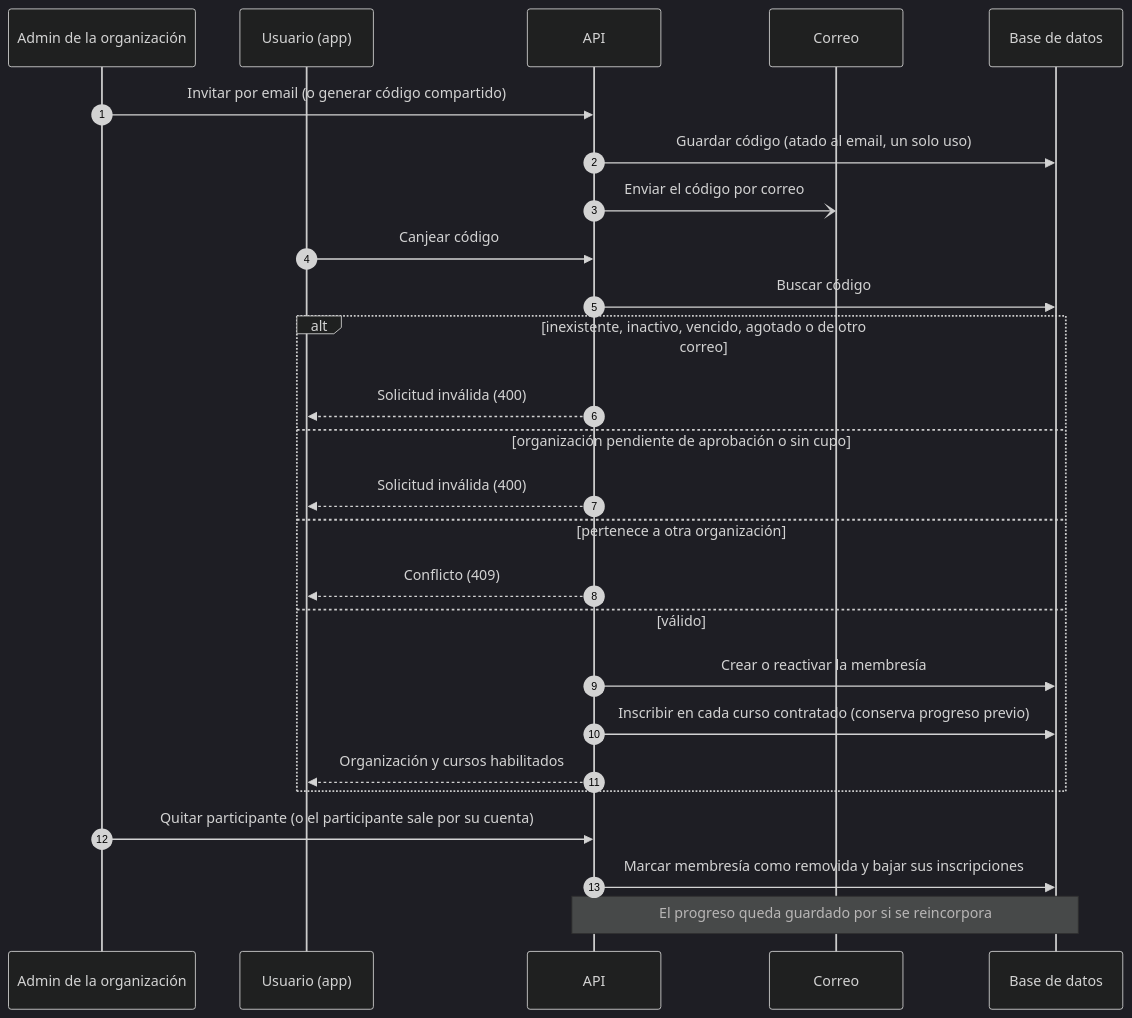
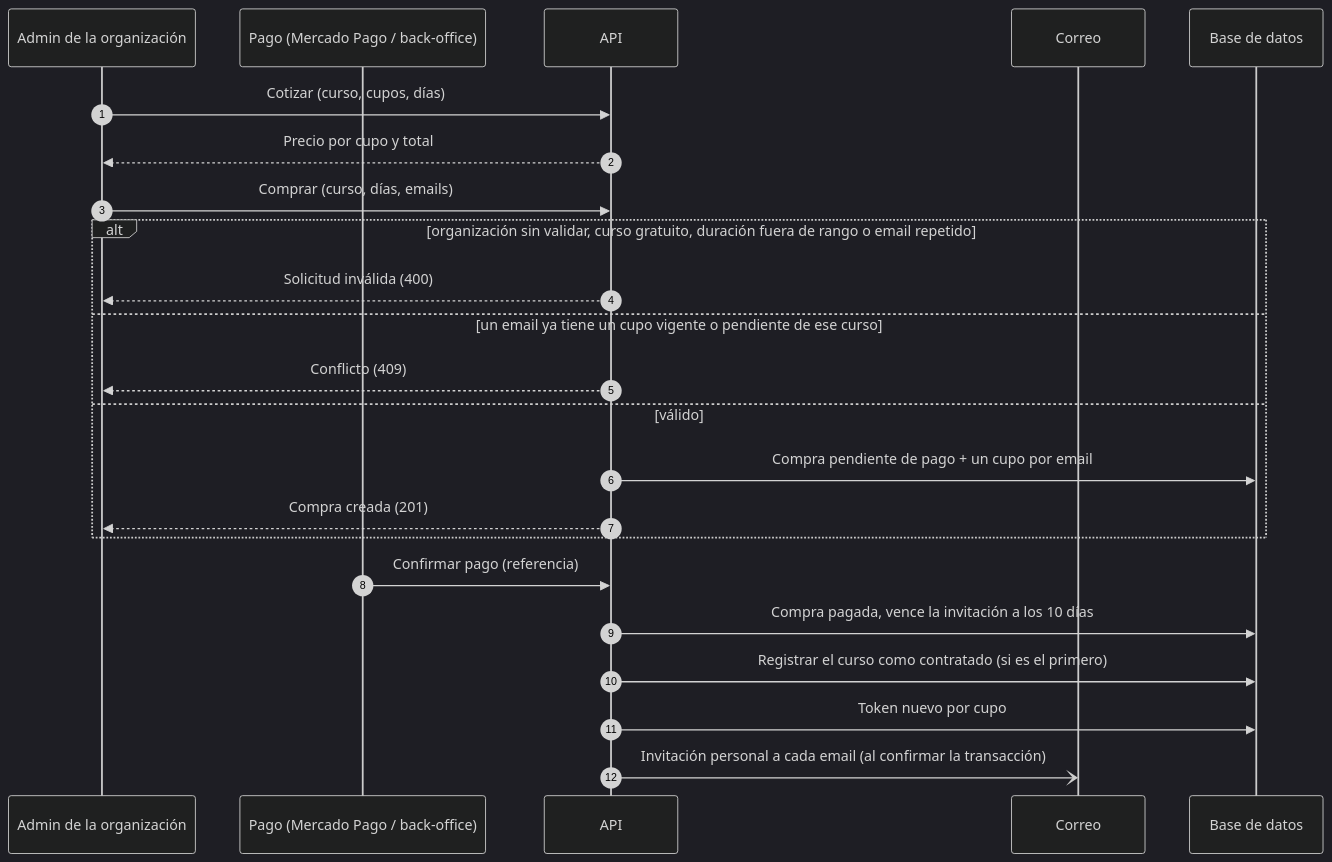
Before and after one commit to signasource/signa-api: diagram 19 of 27 in docs/diagrams/sequence.md, drawn with Mermaid (dark theme). The commit also changed other lines of this file and 75 other files, not shown here.

````diff
--- a/docs/diagrams/sequence.md
+++ b/docs/diagrams/sequence.md
@@ -514,29 +543,26 @@
 ```mermaid
 sequenceDiagram
     autonumber
     participant A as Admin de la organización
-    participant C as Usuario (app)
+    participant P as Pago (Mercado Pago / back-office)
     participant API as API
     participant M as Correo
     participant DB as Base de datos
 
-    A->>API: Invitar por email (o generar código compartido)
-    API->>DB: Guardar código (atado al email, un solo uso)
-    API-)M: Enviar el código por correo
-    C->>API: Canjear código
-    API->>DB: Buscar código
-    alt inexistente, inactivo, vencido, agotado o de otro correo
-        API-->>C: Solicitud inválida (400)
-    else organización pendiente de aprobación o sin cupo
-        API-->>C: Solicitud inválida (400)
-    else pertenece a otra organización
-        API-->>C: Conflicto (409)
+    A->>API: Cotizar (curso, cupos, días)
+    API-->>A: Precio por cupo y total
+    A->>API: Comprar (curso, días, emails)
+    alt organización sin validar, curso gratuito, duración fuera de rango o email repetido
+        API-->>A: Solicitud inválida (400)
+    else un email ya tiene un cupo vigente o pendiente de ese curso
+        API-->>A: Conflicto (409)
     else válido
-        API->>DB: Crear o reactivar la membresía
-        API->>DB: Inscribir en cada curso contratado (conserva progreso previo)
-        API-->>C: Organización y cursos habilitados
+        API->>DB: Compra pendiente de pago + un cupo por email
+        API-->>A: Compra creada (201)
     end
-    A->>API: Quitar participante (o el participante sale por su cuenta)
-    API->>DB: Marcar membresía como removida y bajar sus inscripciones
-    Note over API,DB: El progreso queda guardado por si se reincorpora
+    P->>API: Confirmar pago (referencia)
+    API->>DB: Compra pagada, vence la invitación a los 10 días
+    API->>DB: Registrar el curso como contratado (si es el primero)
+    API->>DB: Token nuevo por cupo
+    API-)M: Invitación personal a cada email (al confirmar la transacción)
 ```
````
